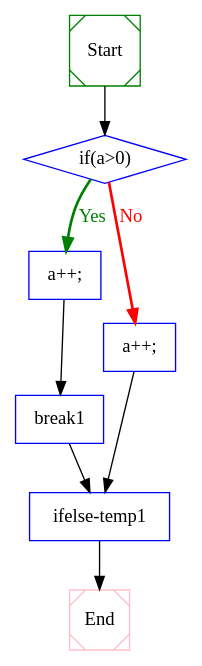
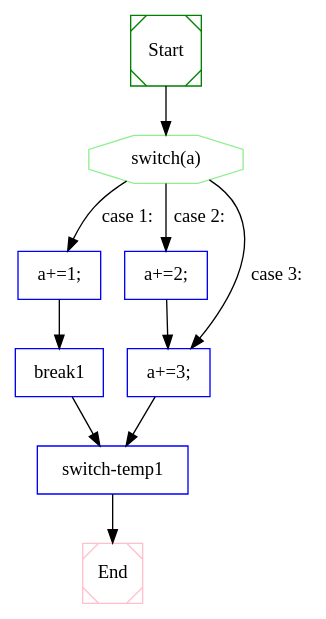
One commit to Naplues/Static-Analysis changed the diagram in out/test.dot. Above: the diagram before and after it, drawn with Graphviz. The commit also changed 3 other files, not shown here.

```diff
--- a/out/test.dot
+++ b/out/test.dot
@@ -1,23 +1,27 @@
 digraph CFG {
  1  [shape = Msquare, color = green, label = "Start", ]
- 2  [shape = diamond, color = blue, label = "if(a>0)", ]
- 3  [shape = box, color = blue, label = "a++;", ]
+ 2  [shape = octagon, color = lightgreen, label = "switch(a)", ]
+ 3  [shape = box, color = blue, label = "a+=1;", ]
  4  [shape = box, color = blue, label = "break1", ]
- 5  [shape = box, color = blue, label = "a++;", ]
- 6  [shape = box, color = blue, label = "ifelse-temp1", ]
- 7  [shape = Msquare, color = pink, label = "End", ]
+ 5  [shape = box, color = blue, label = "a+=2;", ]
+ 6  [shape = box, color = blue, label = "a+=3;", ]
+ 7  [shape = box, color = blue, label = "switch-temp1", ]
+ 8  [shape = Msquare, color = pink, label = "End", ]
  1  ->  2  [style = solid, label="", fillcolor = black, color = black, fontcolor = black]
 
- 2  ->  5  [style = bold, label="No", fillcolor = red, color = red, fontcolor = red]
- 2  ->  3  [style = bold, label="Yes", fillcolor = green, color = green, fontcolor = green]
+ 2  ->  6  [style = solid, label="case 3:", fillcolor = black, color = black, fontcolor = black]
+ 2  ->  5  [style = solid, label="case 2:", fillcolor = black, color = black, fontcolor = black]
+ 2  ->  3  [style = solid, label="case 1:", fillcolor = black, color = black, fontcolor = black]
 
  3  ->  4  [style = solid, label="", fillcolor = black, color = black, fontcolor = black]
 
- 4  ->  6  [style = solid, label="", fillcolor = black, color = black, fontcolor = black]
+ 4  ->  7  [style = solid, label="", fillcolor = black, color = black, fontcolor = black]
 
  5  ->  6  [style = solid, label="", fillcolor = black, color = black, fontcolor = black]
 
  6  ->  7  [style = solid, label="", fillcolor = black, color = black, fontcolor = black]
 
+ 7  ->  8  [style = solid, label="", fillcolor = black, color = black, fontcolor = black]
+
 
 }
```
